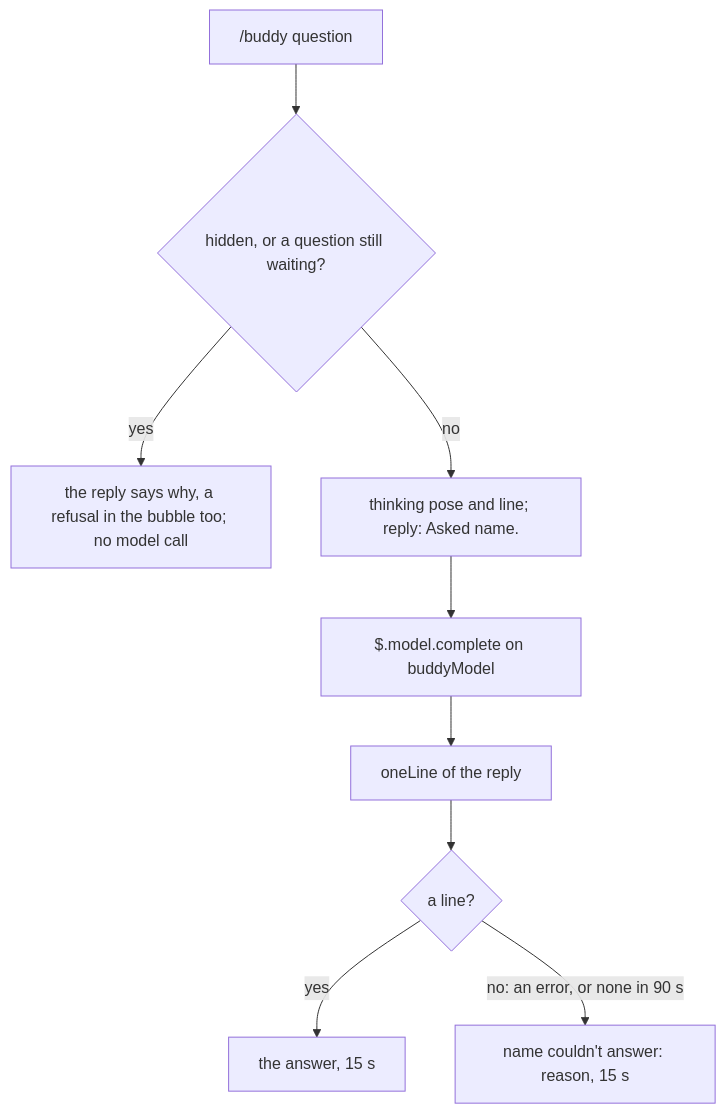
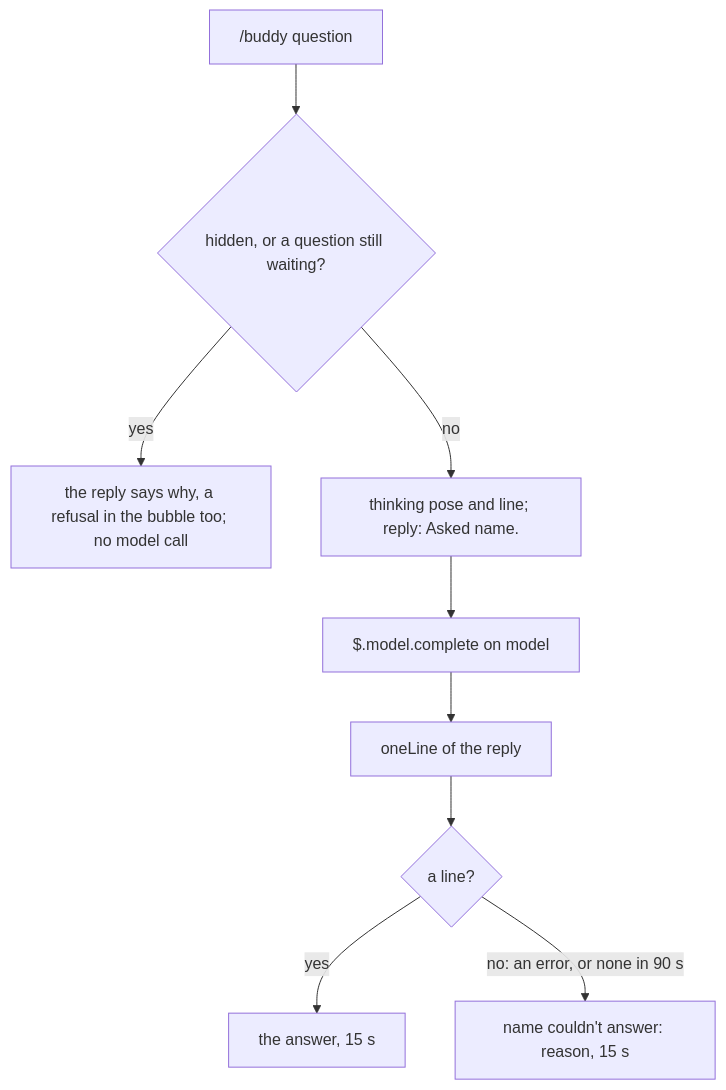
One commit to rezzminator/buddy changed the diagram in docs/design/voice.md. Above: the diagram before and after it, drawn with Mermaid. The commit also changed other lines of this file and 26 other files, not shown here.

````diff
--- a/docs/design/voice.md
+++ b/docs/design/voice.md
@@ -12,11 +12,11 @@
 ```mermaid
 flowchart TD
   Q["/buddy question"] --> Off{"hidden, or a question still waiting?"}
   Off -->|yes| Say["the reply says why, a refusal in the bubble too; no model call"]
   Off -->|no| T["thinking pose and line; reply: Asked name."]
-  T --> C["$.model.complete on buddyModel"]
+  T --> C["$.model.complete on model"]
   C --> L["oneLine of the reply"]
   L --> A{"a line?"}
   A -->|yes| Ans["the answer, 15 s"]
   A -->|"no: an error, or none in 90 s"| Lost["name couldn't answer: reason, 15 s"]
 ```
````
